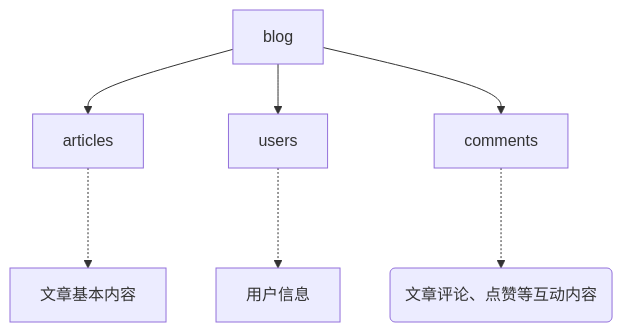
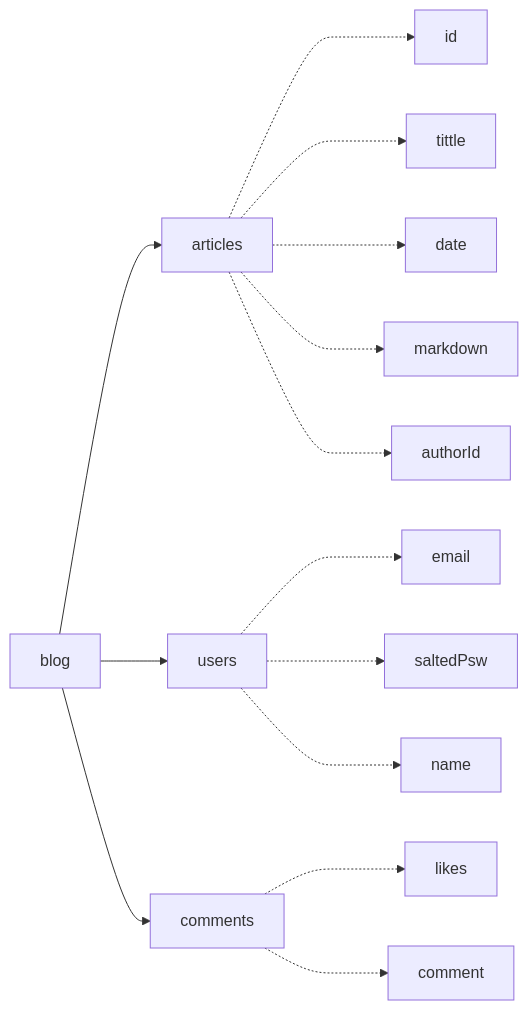
The diagram in README.md (TwilightLemon/Markdown-Blog), drawn with Mermaid before and after one commit. The commit also changed other lines of this file and 4 other files, not shown here.

````diff
--- a/README.md
+++ b/README.md
@@ -17,7 +21,14 @@
 ```mermaid
-graph TD
-    blog[blog]-->article[articles]-..->文章基本内容
-    blog-->user[users]-..->用户信息
-    blog-->comment[comments]-..->a(文章评论、点赞等互动内容)
+graph LR
+    blog[blog]-->ar[articles]-..->id
+    ar-..->tittle
+    ar-..->date
+    ar-..->markdown
+    ar-..->authorId
+    blog-->user[users]-..->email
+    user-..->saltedPsw
+    user-..->name
+    blog-->comm[comments]-..->likes
+    comm-..->comment
     
 ```
````
